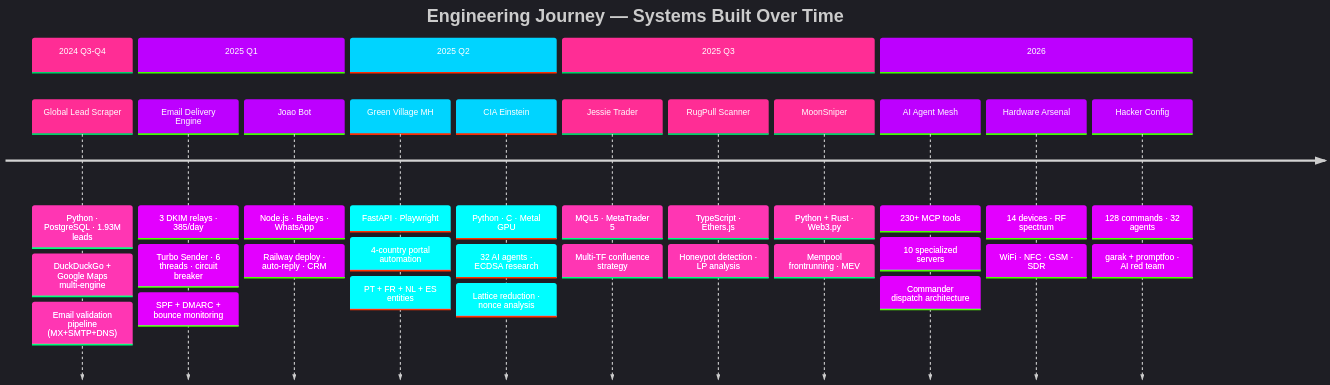
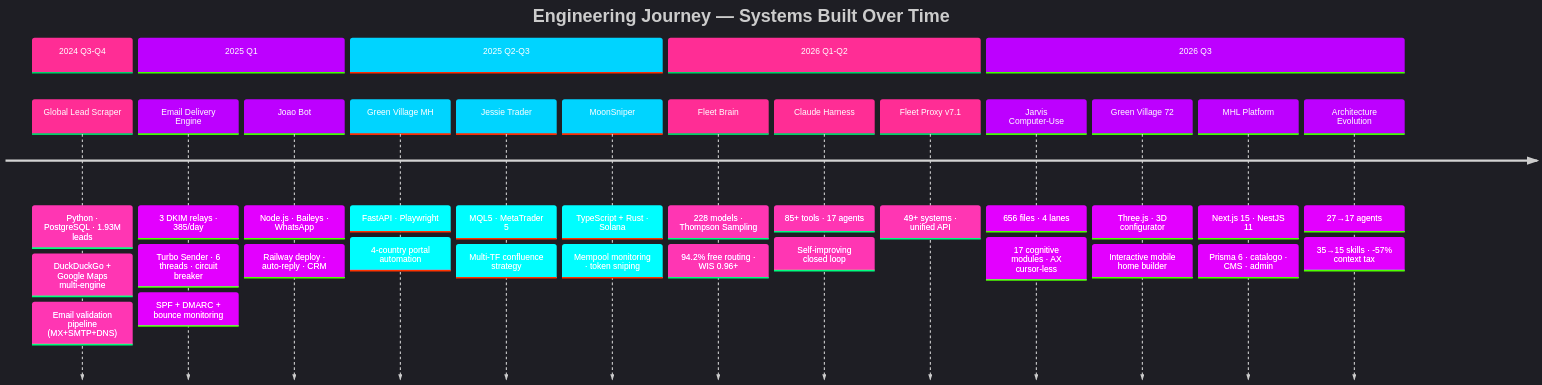
One commit to MatheusAgueda/MatheusAgueda changed diagram 15 of 15 in README.md. Above: the diagram before and after it, drawn with Mermaid. The commit also changed other lines of this file, not shown here.

First line of the commit message:
feat: redesign profile — remove CIA/security, add Fleet Brain, update stats to 2026

````diff
--- a/README.md
+++ b/README.md
@@ -2623,38 +2360,38 @@
 ```mermaid
 %%{init: {'theme': 'dark', 'themeVariables': {'cScale0': '#FF2D95', 'cScale1': '#BD00FF', 'cScale2': '#00D4FF', 'cScale3': '#FF2D95', 'cScale4': '#BD00FF', 'cScale5': '#00D4FF', 'cScaleLabel0': '#fff', 'cScaleLabel1': '#fff', 'cScaleLabel2': '#fff', 'cScaleLabel3': '#fff', 'cScaleLabel4': '#fff', 'cScaleLabel5': '#fff'}}}%%
 
 timeline
     title Engineering Journey — Systems Built Over Time
     section 2024 Q3-Q4
         Global Lead Scraper : Python · PostgreSQL · 1.93M leads
         : DuckDuckGo + Google Maps multi-engine
         : Email validation pipeline (MX+SMTP+DNS)
     section 2025 Q1
         Email Delivery Engine : 3 DKIM relays · 385/day
         : Turbo Sender · 6 threads · circuit breaker
         : SPF + DMARC + bounce monitoring
         Joao Bot : Node.js · Baileys · WhatsApp
         : Railway deploy · auto-reply · CRM
-    section 2025 Q2
+    section 2025 Q2-Q3
         Green Village MH : FastAPI · Playwright
         : 4-country portal automation
-        : PT + FR + NL + ES entities
-        CIA Einstein : Python · C · Metal GPU
-        : 32 AI agents · ECDSA research
-        : Lattice reduction · nonce analysis
-    section 2025 Q3
         Jessie Trader : MQL5 · MetaTrader 5
         : Multi-TF confluence strategy
-        RugPull Scanner : TypeScript · Ethers.js
-        : Honeypot detection · LP analysis
-        MoonSniper : Python + Rust · Web3.py
-        : Mempool frontrunning · MEV
-    section 2026
-        AI Agent Mesh : 230+ MCP tools
-        : 10 specialized servers
-        : Commander dispatch architecture
-        Hardware Arsenal : 14 devices · RF spectrum
-        : WiFi · NFC · GSM · SDR
-        Hacker Config : 128 commands · 32 agents
-        : garak + promptfoo · AI red team
+        MoonSniper : TypeScript + Rust · Solana
+        : Mempool monitoring · token sniping
+    section 2026 Q1-Q2
+        Fleet Brain : 228 models · Thompson Sampling
+        : 94.2% free routing · WIS 0.96+
+        Claude Harness : 85+ tools · 17 agents
+        : Self-improving closed loop
+        Fleet Proxy v7.1 : 49+ systems · unified API
+    section 2026 Q3
+        Jarvis Computer-Use : 656 files · 4 lanes
+        : 17 cognitive modules · AX cursor-less
+        Green Village 72 : Three.js · 3D configurator
+        : Interactive mobile home builder
+        MHL Platform : Next.js 15 · NestJS 11
+        : Prisma 6 · catalogo · CMS · admin
+        Architecture Evolution : 27→17 agents
+        : 35→15 skills · -57% context tax
 ```
````
